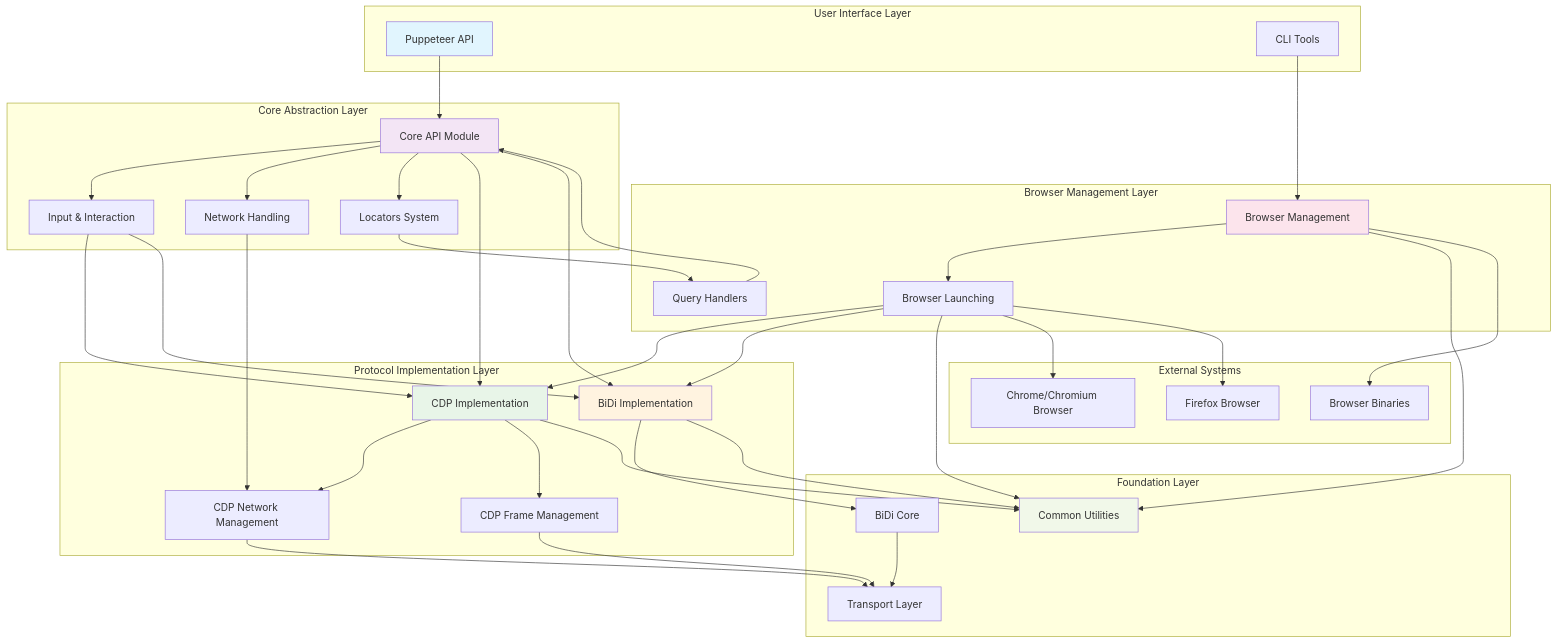
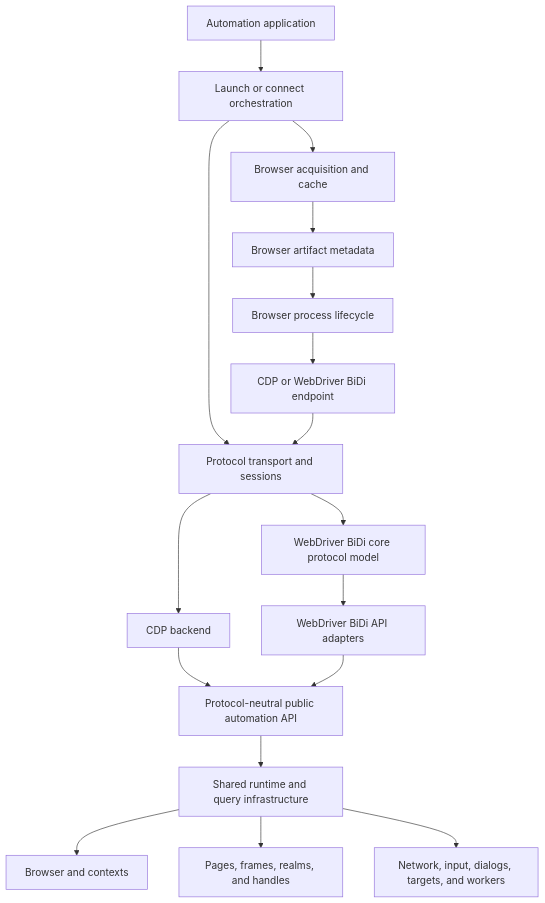
One commit to FSoft-AI4Code/codewiki-demo changed the first of 2 diagrams in docs/puppeteer--puppeteer-docs/overview.md. Above: the diagram before and after it, drawn with Mermaid. The commit also changed other lines of this file and 1767 other files, not shown here.

````diff
--- a/docs/puppeteer--puppeteer-docs/overview.md
+++ b/docs/puppeteer--puppeteer-docs/overview.md
@@ -19,80 +7,24 @@
 ```mermaid
-graph TB
-    subgraph "User Interface Layer"
-        A[Puppeteer API]
-        B[CLI Tools]
-    end
-    
-    subgraph "Core Abstraction Layer"
-        C[Core API Module]
-        D[Input & Interaction]
-        E[Network Handling]
-        F[Locators System]
-    end
-    
-    subgraph "Protocol Implementation Layer"
-        G[CDP Implementation]
-        H[BiDi Implementation]
-        I[CDP Network Management]
-        J[CDP Frame Management]
-    end
-    
-    subgraph "Browser Management Layer"
-        K[Browser Management]
-        L[Browser Launching]
-        M[Query Handlers]
-    end
-    
-    subgraph "Foundation Layer"
-        N[Common Utilities]
-        O[Transport Layer]
-        P[BiDi Core]
-    end
-    
-    subgraph "External Systems"
-        Q[Chrome/Chromium Browser]
-        R[Firefox Browser]
-        S[Browser Binaries]
-    end
-    
-    A --> C
-    B --> K
-    C --> D
-    C --> E
-    C --> F
-    C --> G
-    C --> H
-    
-    G --> I
-    G --> J
-    H --> P
-    
-    D --> G
-    D --> H
-    E --> I
-    F --> M
-    
-    K --> L
-    L --> G
-    L --> H
-    M --> C
-    
-    G --> N
-    H --> N
-    I --> O
-    J --> O
-    P --> O
-    K --> N
-    L --> N
-    
-    L --> Q
-    L --> R
-    K --> S
-    
-    style A fill:#e1f5fe
-    style C fill:#f3e5f5
-    style G fill:#e8f5e8
-    style H fill:#fff3e0
-    style K fill:#fce4ec
-    style N fill:#f1f8e9
+flowchart TD
+    App[Automation application] --> Launch[Launch or connect orchestration]
+
+    Launch --> Provision[Browser acquisition and cache]
+    Provision --> Metadata[Browser artifact metadata]
+    Metadata --> Process[Browser process lifecycle]
+    Process --> Endpoint[CDP or WebDriver BiDi endpoint]
+
+    Launch --> Transport[Protocol transport and sessions]
+    Endpoint --> Transport
+
+    Transport --> CDP[CDP backend]
+    Transport --> BiDiCore[WebDriver BiDi core protocol model]
+    BiDiCore --> BiDiAdapters[WebDriver BiDi API adapters]
+
+    CDP --> PublicAPI[Protocol-neutral public automation API]
+    BiDiAdapters --> PublicAPI
+
+    PublicAPI --> Runtime[Shared runtime and query infrastructure]
+    Runtime --> Browser[Browser and contexts]
+    Runtime --> Pages[Pages, frames, realms, and handles]
+    Runtime --> Network[Network, input, dialogs, targets, and workers]
 ```
````
